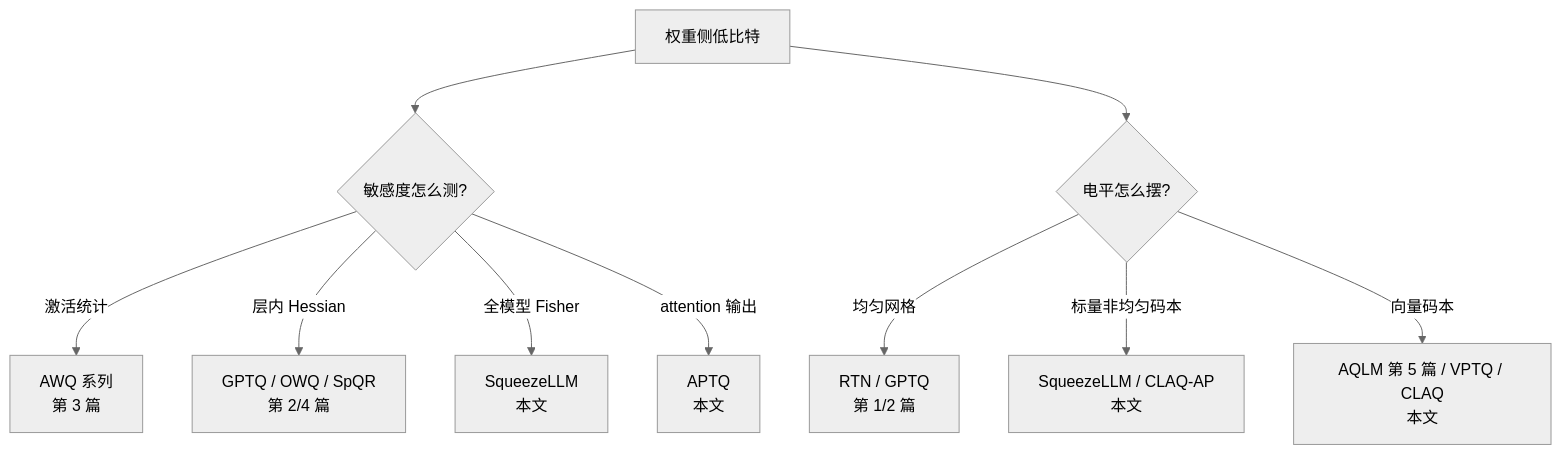
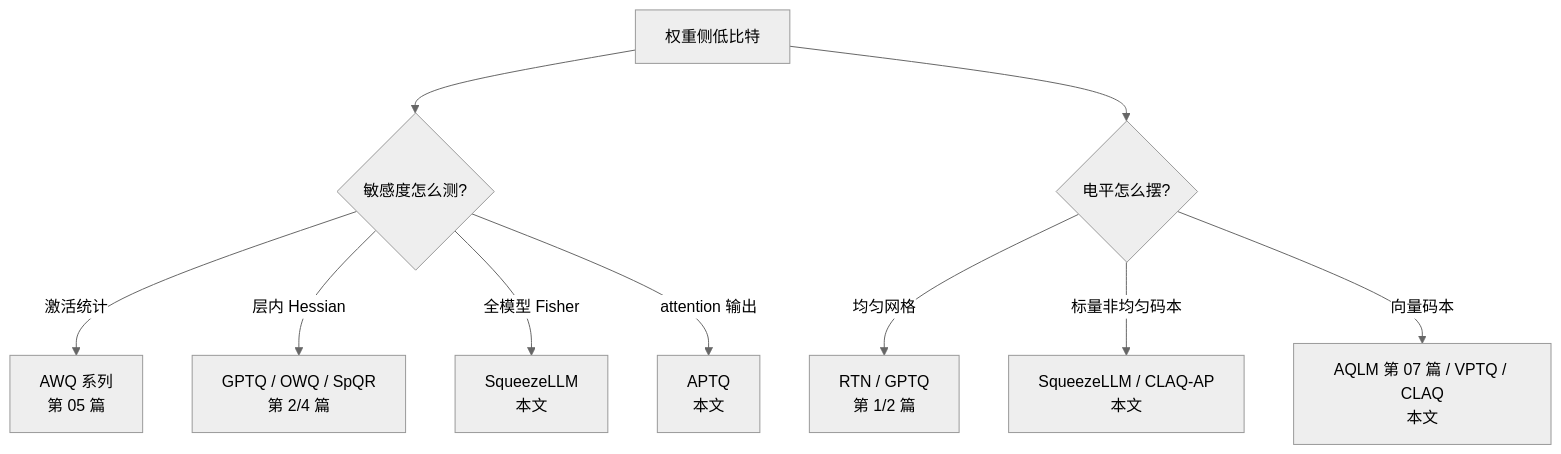
The diagram in _posts/2026-08-24-ptq-09-squeezellm-vptq-claq.md (lrypcy/lrypcy.github.io), drawn with Mermaid (neutral theme) before and after one commit. The commit also changed other lines of this file and 34 other files, not shown here.

````diff
--- a/_posts/2026-08-24-ptq-09-squeezellm-vptq-claq.md
+++ b/_posts/2026-08-24-ptq-09-squeezellm-vptq-claq.md
@@ -246,12 +247,12 @@
 ```mermaid
 flowchart TD
     A["权重侧低比特"] --> B{"敏感度怎么测?"}
-    B -->|"激活统计"| C["AWQ 系列<br>第 3 篇"]
+    B -->|"激活统计"| C["AWQ 系列<br>第 05 篇"]
     B -->|"层内 Hessian"| D["GPTQ / OWQ / SpQR<br>第 2/4 篇"]
     B -->|"全模型 Fisher"| E["SqueezeLLM<br>本文"]
     B -->|"attention 输出"| F["APTQ<br>本文"]
     A --> G{"电平怎么摆?"}
     G -->|"均匀网格"| H["RTN / GPTQ<br>第 1/2 篇"]
     G -->|"标量非均匀码本"| I["SqueezeLLM / CLAQ-AP<br>本文"]
-    G -->|"向量码本"| J["AQLM 第 5 篇 / VPTQ / CLAQ<br>本文"]
+    G -->|"向量码本"| J["AQLM 第 07 篇 / VPTQ / CLAQ<br>本文"]
 ```
````
